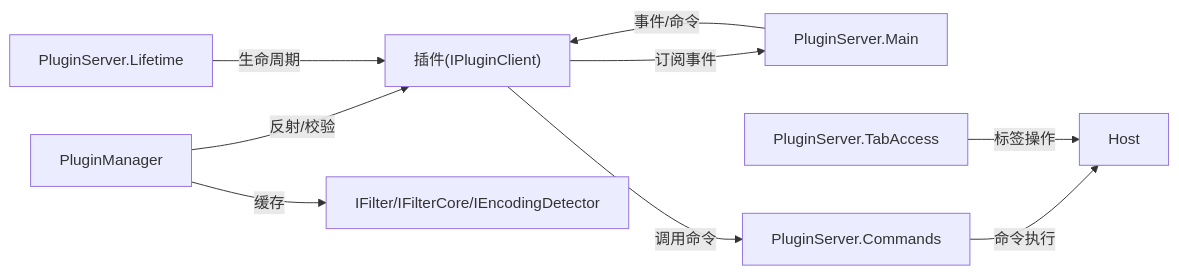
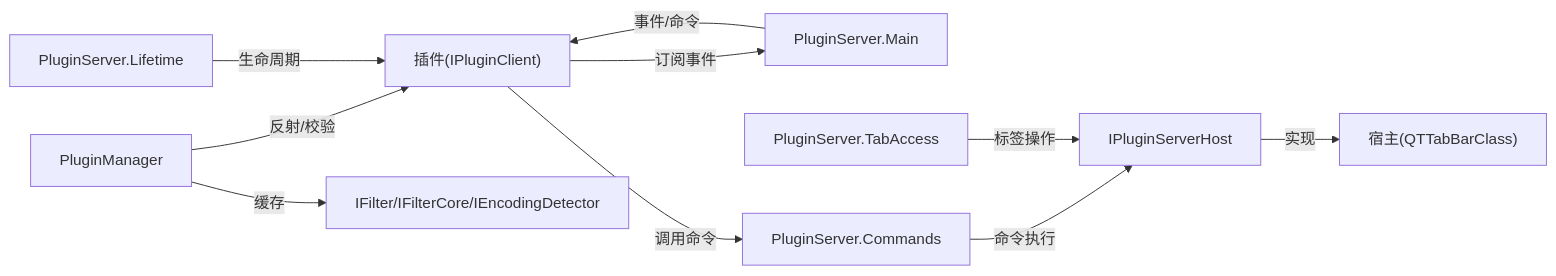
Before and after one commit to rainiva/QTTabBar-Next: the seventh of 8 diagrams in .qoder/repowiki/zh/content/架构设计/插件架构设计.md, drawn with Mermaid. The commit also changed other lines of this file and 415 other files, not shown here.

````diff
--- a/.qoder/repowiki/zh/content/架构设计/插件架构设计.md
+++ b/.qoder/repowiki/zh/content/架构设计/插件架构设计.md
@@ -451,11 +506,12 @@
 ```mermaid
 graph LR
 PM["PluginManager"] --> |反射/校验| PL["插件(IPluginClient)"]
 PS_Main["PluginServer.Main"] --> |事件/命令| PL
-PS_Cmd["PluginServer.Commands"] --> |命令执行| Host
+PS_Cmd["PluginServer.Commands"] --> |命令执行| HostInterface["IPluginServerHost"]
 PS_Life["PluginServer.Lifetime"] --> |生命周期| PL
-PS_Tab["PluginServer.TabAccess"] --> |标签操作| Host
+PS_Tab["PluginServer.TabAccess"] --> |标签操作| HostInterface
+HostInterface --> |实现| Host["宿主(QTTabBarClass)"]
 PL --> |订阅事件| PS_Main
 PL --> |调用命令| PS_Cmd
 PM --> |缓存| IFilt["IFilter/IFilterCore/IEncodingDetector"]
 ```
````
